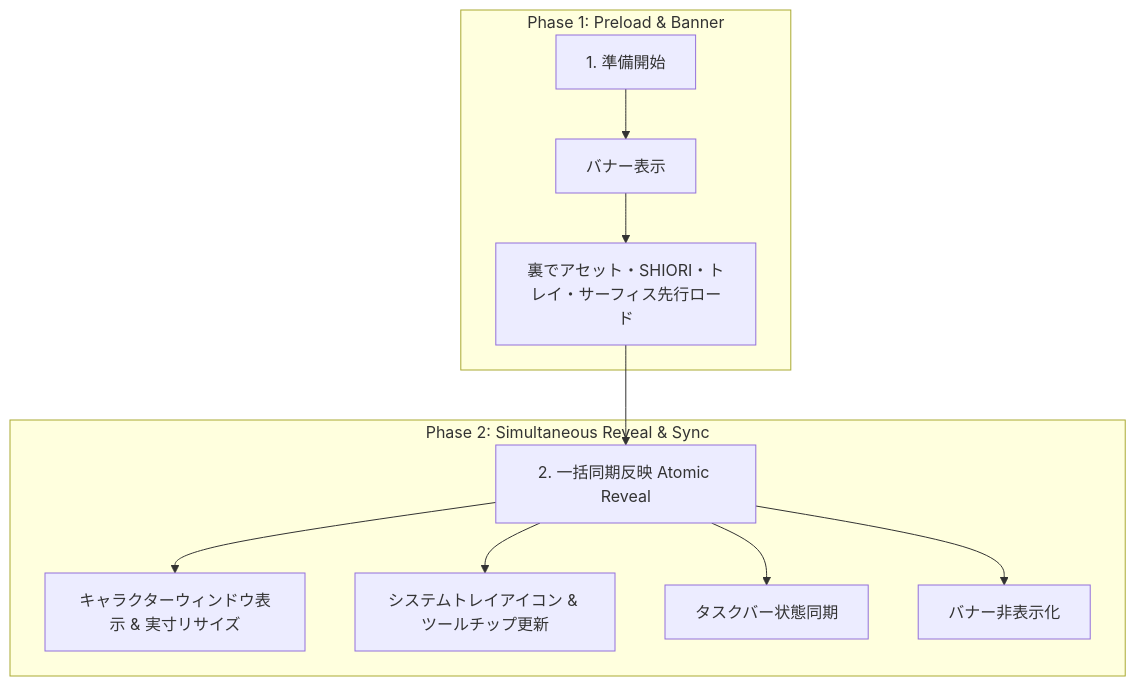
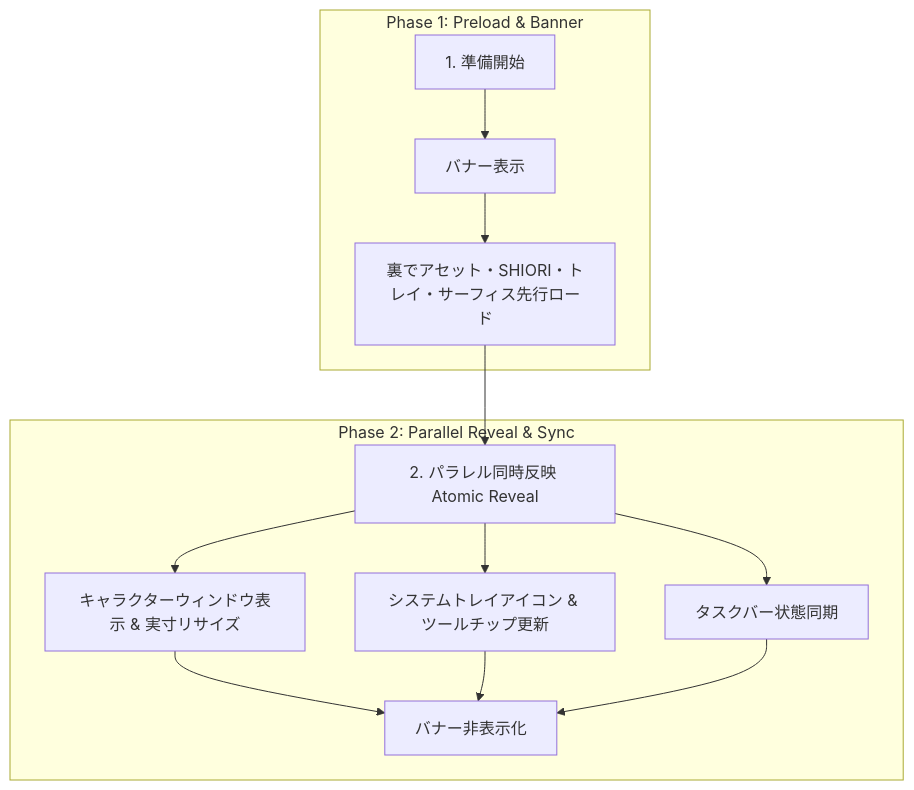
Before and after one commit to nanaisisi/nanai-android-mascot: the diagram in docs/developer/ghost-boot-and-switch-unified-lifecycle-spec.md, drawn with Mermaid. The commit also changed other lines of this file, not shown here.

Commit message:
docs: emphasize parallel execution of Character Window, System Tray, and Taskbar in Phase 2

````diff
--- a/docs/developer/ghost-boot-and-switch-unified-lifecycle-spec.md
+++ b/docs/developer/ghost-boot-and-switch-unified-lifecycle-spec.md
@@ -13,15 +13,17 @@
 ```mermaid
 graph TD
     subgraph Phase 1: Preload & Banner
         A[1. 準備開始] --> B[バナー表示]
         B --> C[裏でアセット・SHIORI・トレイ・サーフィス先行ロード]
     end
 
-    subgraph Phase 2: Simultaneous Reveal & Sync
-        C --> D[2. 一括同期反映 Atomic Reveal]
+    subgraph Phase 2: Parallel Reveal & Sync
+        C --> D[2. パラレル同時反映 Atomic Reveal]
         D --> E1[キャラクターウィンドウ表示 & 実寸リサイズ]
         D --> E2[システムトレイアイコン & ツールチップ更新]
         D --> E3[タスクバー状態同期]
-        D --> F[バナー非表示化]
+        E1 --> F[バナー非表示化]
+        E2 --> F
+        E3 --> F
     end
 ```
````
